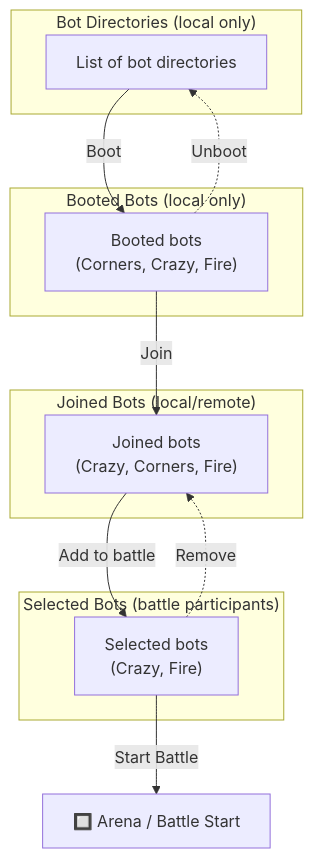
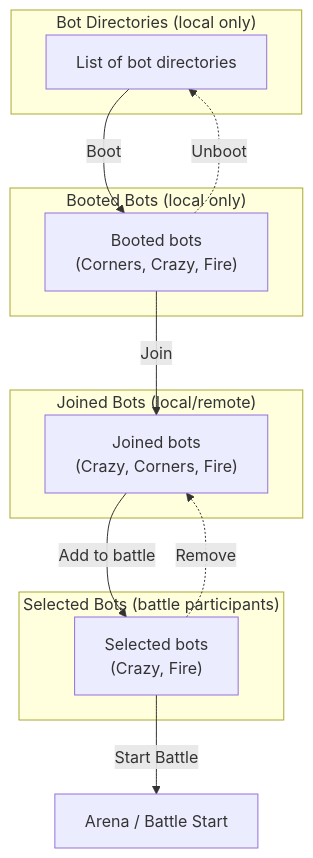
One commit to robocode-dev/book-of-robocode changed the diagram in docs/getting-started/your-first-battle.md. Above: the diagram before and after it, drawn with Mermaid. The commit also changed other lines of this file and 5 other files, not shown here.

````diff
--- a/docs/getting-started/your-first-battle.md
+++ b/docs/getting-started/your-first-battle.md
@@ -154,29 +154,29 @@
 ```mermaid
 flowchart TD
     subgraph BotDirs["Bot Directories (local only)"]
         A[List of bot directories]
     end
 
     A -->|Boot| B1
     B1 -.->|Unboot| A
 
     subgraph Booted["Booted Bots (local only)"]
         B1["Booted bots<br>(Corners, Crazy, Fire)"]
     end
 
     B1 -->|Join| C1
 
     subgraph Joined["Joined Bots (local/remote)"]
         C1["Joined bots<br>(Crazy, Corners, Fire)"]
     end
 
     C1 -->|Add to battle| D1
     D1 -.->|Remove| C1
 
     subgraph Selected["Selected Bots (battle participants)"]
         D1["Selected bots<br>(Crazy, Fire)"]
     end
 
     D1 -->|Start Battle| Arena
-    Arena[🔲 Arena / Battle Start]
+    Arena[Arena / Battle Start]
 ```
````
